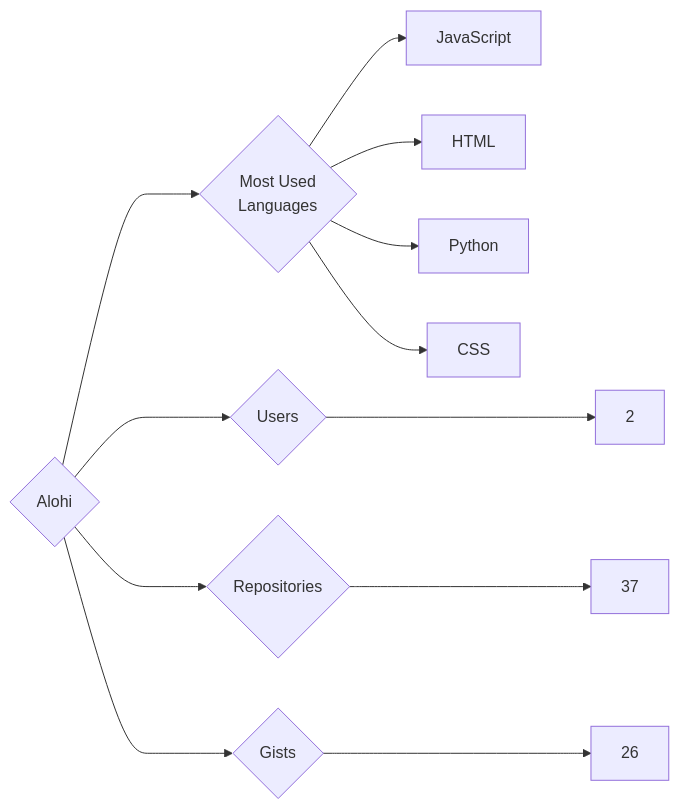
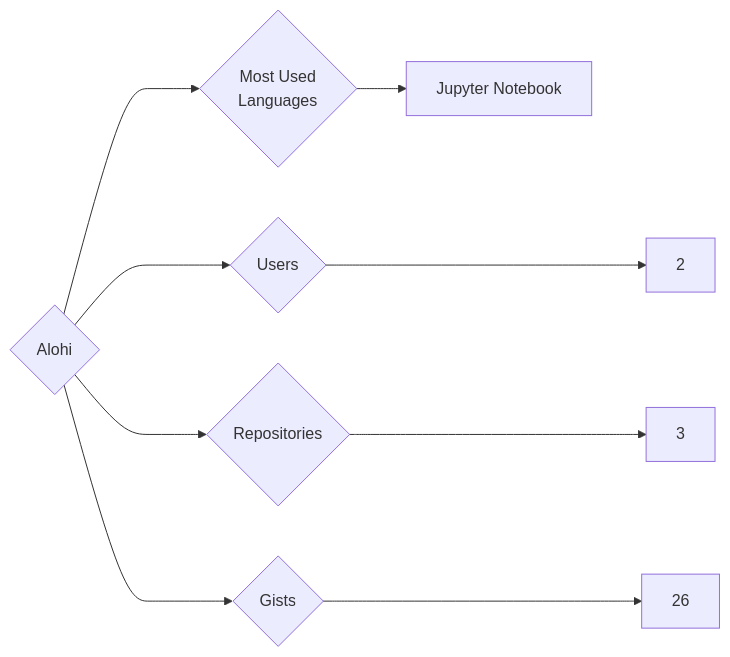
One commit to trickest/insiders changed the diagram in targets/Alohi/README.md. Above: the diagram before and after it, drawn with Mermaid. The commit also changed 912 other files, not shown here.

````diff
--- a/targets/Alohi/README.md
+++ b/targets/Alohi/README.md
@@ -3,12 +3,9 @@
 ```mermaid
 graph LR
 COMPANY_NAME{Alohi}
 COMPANY_NAME ---> U{Users} ---> UN[2]
-COMPANY_NAME ---> R{Repositories} ---> RN[37]
+COMPANY_NAME ---> R{Repositories} ---> RN[3]
 COMPANY_NAME ---> G{Gists} ---> GN[26]
 COMPANY_NAME ---> ML{Most Used<br>Languages}
-ML --> JavaScript[JavaScript]
-ML --> HTML[HTML]
-ML --> Python[Python]
-ML --> CSS[CSS]
+ML --> Jupyter_Notebook[Jupyter Notebook]
 ```
````
